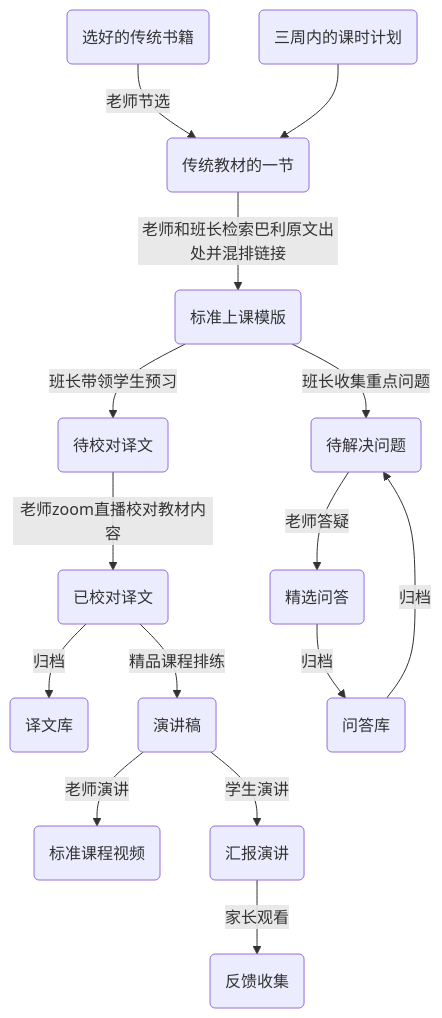
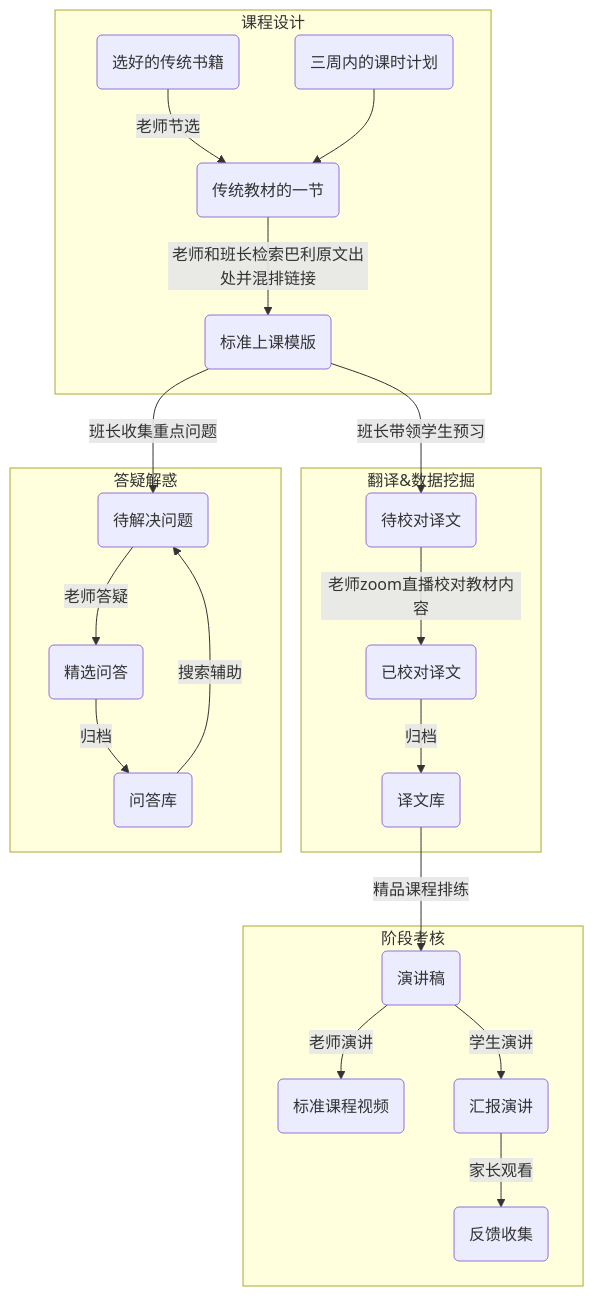
Before and after one commit to Bhikkhu-Kosalla/IAPT_Doc: the diagram in 标准授课流程.md, drawn with Mermaid. The commit also changed other lines of this file, not shown here.

Commit message:
流程图更新

````diff
--- a/标准授课流程.md
+++ b/标准授课流程.md
@@ -1,32 +4,39 @@
-```mermaid
+<div class="mermaid">
 graph TD;
 A(选好的传统书籍);
 B(三周内的课时计划);
 C(传统教材的一节);
 D(标准上课模版);
 E(待校对译文);
 F(待解决问题);
 G(精选问答);
 H(已校对译文);
 I(译文库);
 J(问答库);
 K(演讲稿);
 L(标准课程视频);
 M(汇报演讲);
 N(反馈收集);
-
+subgraph 课程设计
 A--老师节选-->C;
 B-->C;
 C--老师和班长检索巴利原文出处并混排链接-->D;
+end;
+subgraph 翻译&数据挖掘
 D--班长带领学生预习-->E;
+E--老师zoom直播校对教材内容-->H;
+H--归档-->I;
+end
+subgraph 答疑解惑
 D--班长收集重点问题-->F;
-E--老师zoom直播校对教材内容-->H;
 F--老师答疑-->G;
 G--归档-->J;
-J--归档-->F;
-H--归档-->I;
-H--精品课程排练-->K;
+J--搜索辅助-->F;
+end
+subgraph 阶段考核
+I--精品课程排练-->K;
 K--老师演讲-->L;
 K--学生演讲-->M;
 M--家长观看-->N;
-```
+end
+</div>
````
